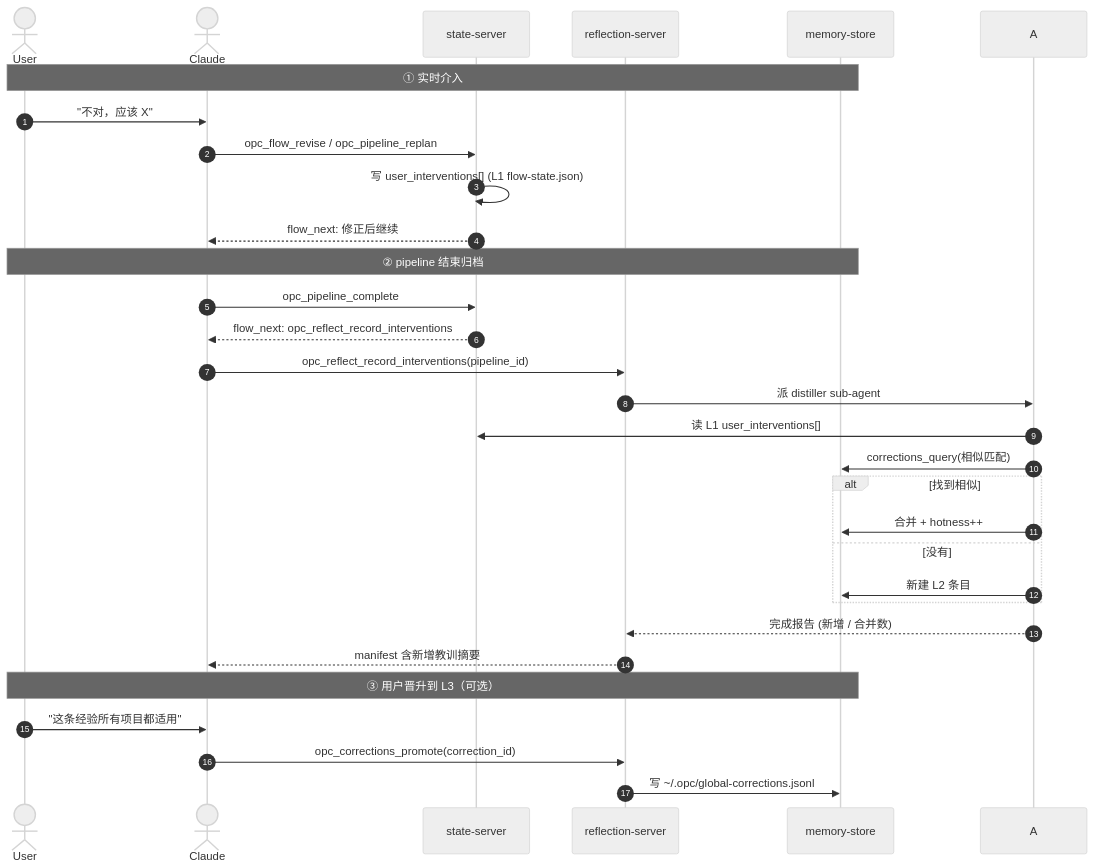
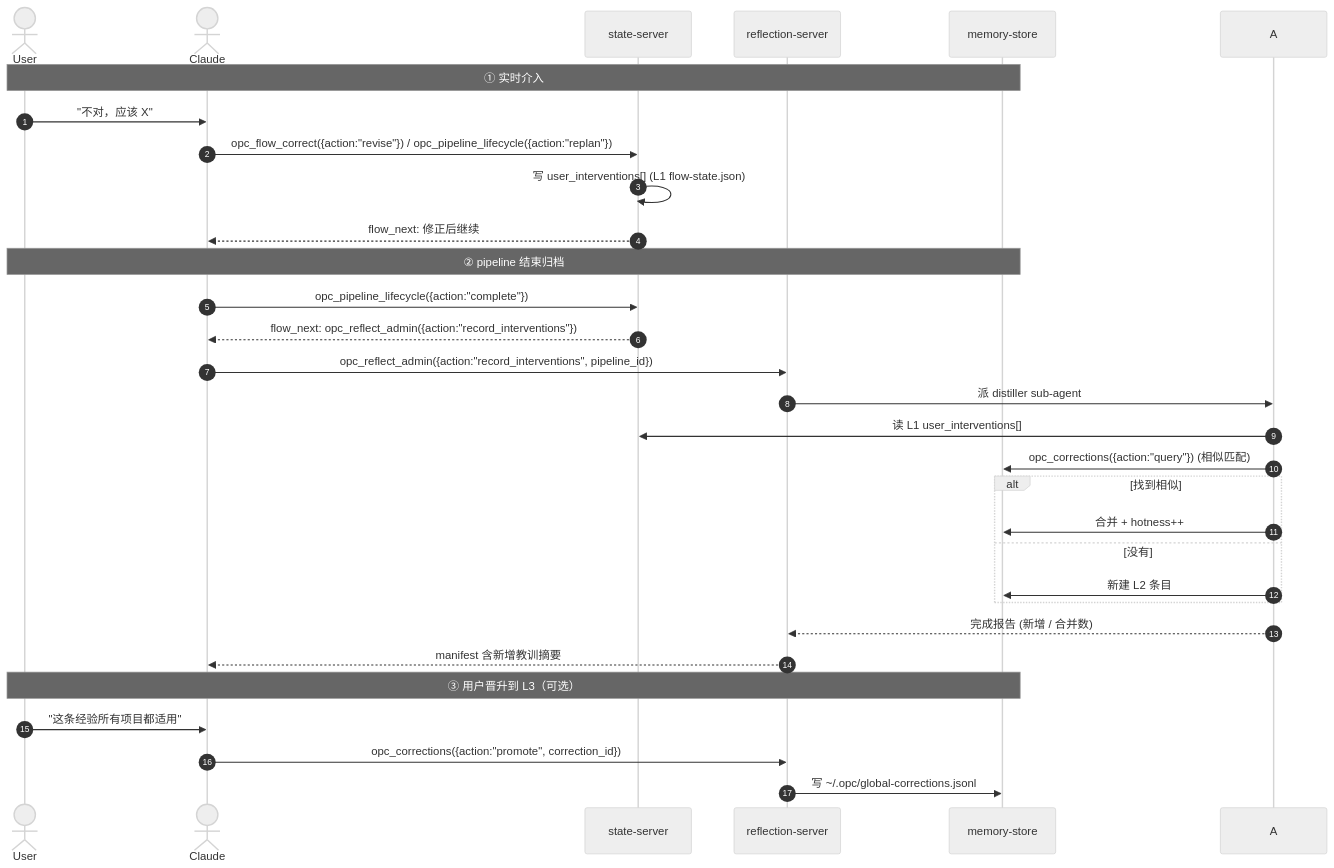
One commit to CaffeineOddity/opc-marketplace changed the second of 3 diagrams in doc/feature/05-opc-reflection-server/04-reflection-flow/00_overview.md. Above: the diagram before and after it, drawn with Mermaid (neutral theme). The commit also changed other lines of this file and 16 other files, not shown here.

````diff
--- a/doc/feature/05-opc-reflection-server/04-reflection-flow/00_overview.md
+++ b/doc/feature/05-opc-reflection-server/04-reflection-flow/00_overview.md
@@ -91,36 +91,36 @@
 ```mermaid
 sequenceDiagram
     autonumber
     actor U as User
     actor C as Claude
     participant SS as state-server
     participant RS as reflection-server
     participant MS as memory-store
 
     Note over U,MS: ① 实时介入
     U->>C: "不对，应该 X"
-    C->>SS: opc_flow_revise / opc_pipeline_replan
+    C->>SS: opc_flow_correct({action:"revise"}) / opc_pipeline_lifecycle({action:"replan"})
     SS->>SS: 写 user_interventions[] (L1 flow-state.json)
     SS-->>C: flow_next: 修正后继续
 
     Note over U,MS: ② pipeline 结束归档
-    C->>SS: opc_pipeline_complete
-    SS-->>C: flow_next: opc_reflect_record_interventions
+    C->>SS: opc_pipeline_lifecycle({action:"complete"})
+    SS-->>C: flow_next: opc_reflect_admin({action:"record_interventions"})
 
-    C->>RS: opc_reflect_record_interventions(pipeline_id)
+    C->>RS: opc_reflect_admin({action:"record_interventions", pipeline_id})
     RS->>A: 派 distiller sub-agent
     A->>SS: 读 L1 user_interventions[]
-    A->>MS: corrections_query(相似匹配)
+    A->>MS: opc_corrections({action:"query"}) (相似匹配)
     alt 找到相似
         A->>MS: 合并 + hotness++
     else 没有
         A->>MS: 新建 L2 条目
     end
     A-->>RS: 完成报告 (新增 / 合并数)
     RS-->>C: manifest 含新增教训摘要
 
     Note over U,MS: ③ 用户晋升到 L3（可选）
     U->>C: "这条经验所有项目都适用"
-    C->>RS: opc_corrections_promote(correction_id)
+    C->>RS: opc_corrections({action:"promote", correction_id})
     RS->>MS: 写 ~/.opc/global-corrections.jsonl
 ```
````
